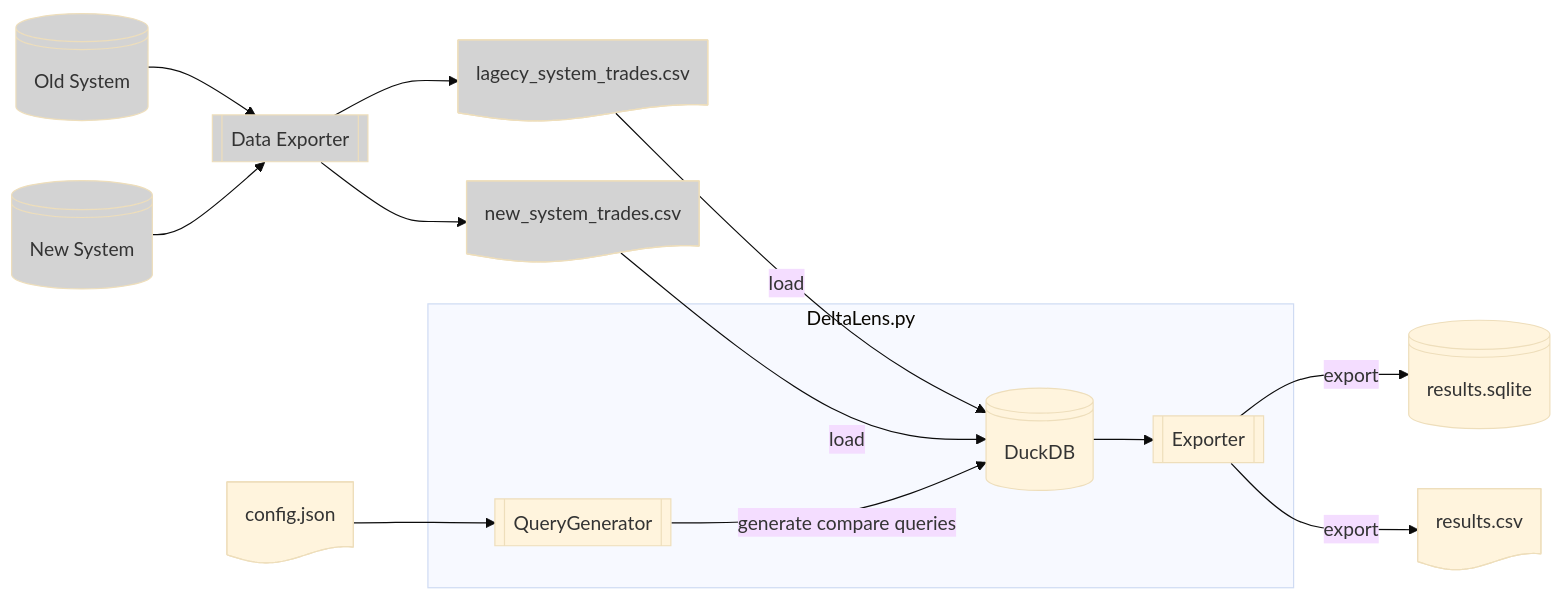
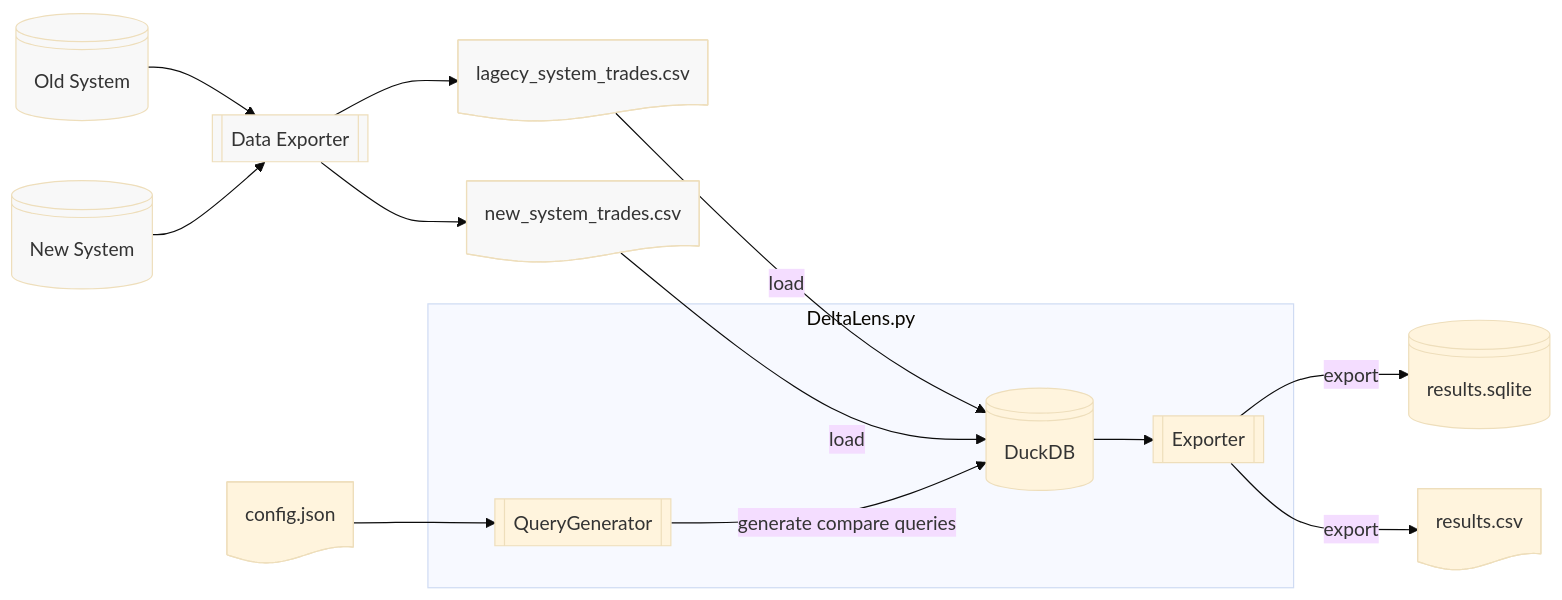
Before and after one commit to unclepaul84/duck-db-datacompare: the diagram in readme.md, drawn with Mermaid (base theme).

````diff
--- a/readme.md
+++ b/readme.md
@@ -15,32 +15,32 @@
 ```mermaid
 
 flowchart LR
 
     Old_System:::external@{ shape: lin-cyl, label: "Old System" }
     New_System:::external@{ shape: lin-cyl, label: "New System" }
     Data_puller:::external@{ shape: subproc, label: "Data Exporter" }
     Old_System-->Data_puller
     New_System-->Data_puller
     Data_puller-->Trades_1
     Data_puller-->Trades_2
     Trades_1:::external@{ shape: doc, label: "new_system_trades.csv" }
     Trades_2:::external@{ shape: doc, label: "lagecy_system_trades.csv" }
     Config@{ shape: doc, label: "config.json" }
     Config-->TableQueryGenerator
     Trades_2 -->|load|DuckDB
     Trades_1 -->|load|DuckDB
     subgraph DeltaLens.py
         TableQueryGenerator@{ shape: subproc, label: "QueryGenerator" }
         TableQueryGenerator-->|generate compare queries|DuckDB
         DuckDB@{ shape: lin-cyl, label: "DuckDB" }
         DuckDB-->Exporter
         Exporter@{ shape: subproc, label: "Exporter" }
        
     end
     Exporter-->|export|Sqlite
     Exporter-->|export|Results_csv
     Sqlite@{ shape: lin-cyl, label: "results.sqlite" }
     Results_csv@{ shape: doc, label: "results.csv" }
-    classDef external fill:lightgray
+    classDef external fill:#F8F8F8
 
 ```
````
